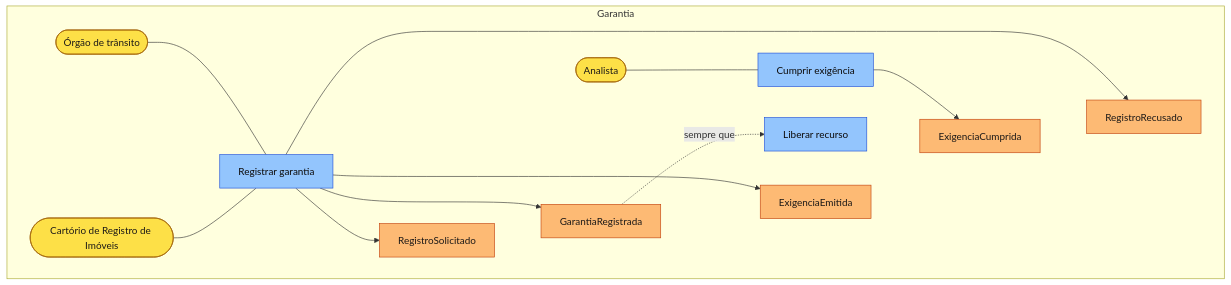
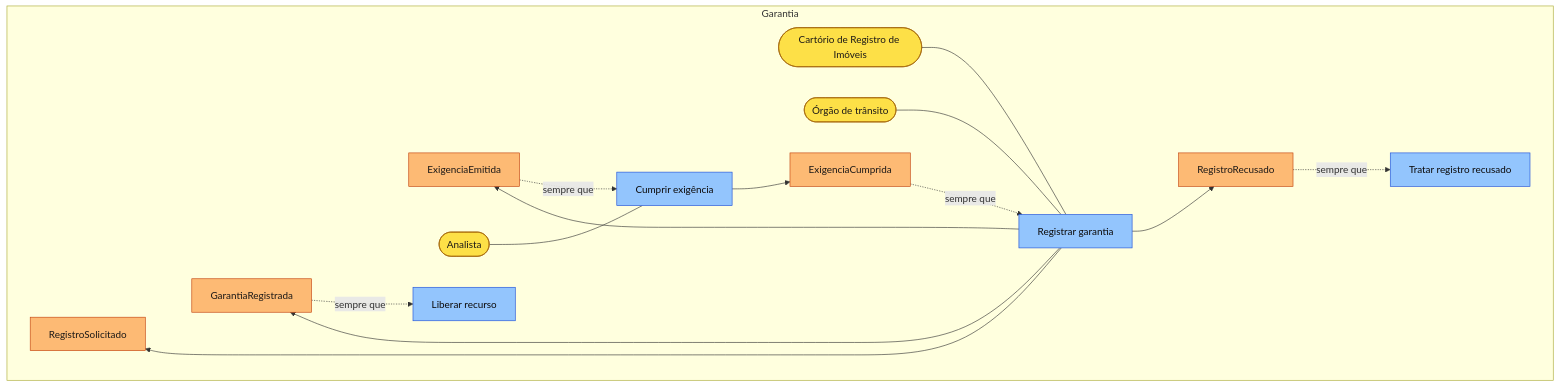
One commit to lucasqss/sistema-financiamento changed the tenth of 12 diagrams in docs/dominio/especificacao.md. Above: the diagram before and after it, drawn with Mermaid. The commit also changed other lines of this file and 3 other files, not shown here.

````diff
--- a/docs/dominio/especificacao.md
+++ b/docs/dominio/especificacao.md
@@ -1691,35 +1811,39 @@
 ```mermaid
 flowchart LR
     subgraph DOM_0005_es["Garantia"]
         direction LR
         EVT_0027["RegistroSolicitado"]:::evento
-        UC_0014["Registrar garantia"]:::comando
+        UC_0018["Registrar garantia"]:::comando
         ATR_0009(["Cartório de Registro de Imóveis"]):::ator
         ATR_0010(["Órgão de trânsito"]):::ator
         EVT_0028["GarantiaRegistrada"]:::evento
-        UC_0016["Liberar recurso"]:::comando
+        UC_0021["Liberar recurso"]:::comando
         EVT_0029["ExigenciaEmitida"]:::evento
+        UC_0020["Cumprir exigência"]:::comando
         EVT_0030["ExigenciaCumprida"]:::evento
-        UC_0015["Cumprir exigência"]:::comando
         ATR_0005(["Analista"]):::ator
         EVT_0031["RegistroRecusado"]:::evento
+        UC_0019["Tratar registro recusado"]:::comando
     end
-    UC_0014 --> EVT_0027
-    ATR_0009 --- UC_0014
-    ATR_0010 --- UC_0014
+    UC_0018 --> EVT_0027
+    ATR_0009 --- UC_0018
+    ATR_0010 --- UC_0018
     EVT_0027 ~~~ EVT_0028
-    UC_0014 --> EVT_0028
+    UC_0018 --> EVT_0028
     EVT_0028 ~~~ EVT_0029
-    UC_0014 --> EVT_0029
+    UC_0018 --> EVT_0029
     EVT_0029 ~~~ EVT_0030
-    UC_0015 --> EVT_0030
-    ATR_0005 --- UC_0015
+    UC_0020 --> EVT_0030
+    ATR_0005 --- UC_0020
     EVT_0030 ~~~ EVT_0031
-    UC_0014 --> EVT_0031
-    EVT_0028 -.->|sempre que| UC_0016
+    UC_0018 --> EVT_0031
+    EVT_0028 -.->|sempre que| UC_0021
+    EVT_0029 -.->|sempre que| UC_0020
+    EVT_0030 -.->|sempre que| UC_0018
+    EVT_0031 -.->|sempre que| UC_0019
     classDef evento fill:#fdba74,stroke:#c2410c,color:#1c1917
     classDef comando fill:#93c5fd,stroke:#1d4ed8,color:#0c0a09
     classDef ator fill:#fde047,stroke:#a16207,color:#1c1917
     classDef agregado fill:#fef3c7,stroke:#b45309,color:#1c1917
     classDef semOrigem stroke-dasharray:5 4,stroke-width:2px
 ```
````
